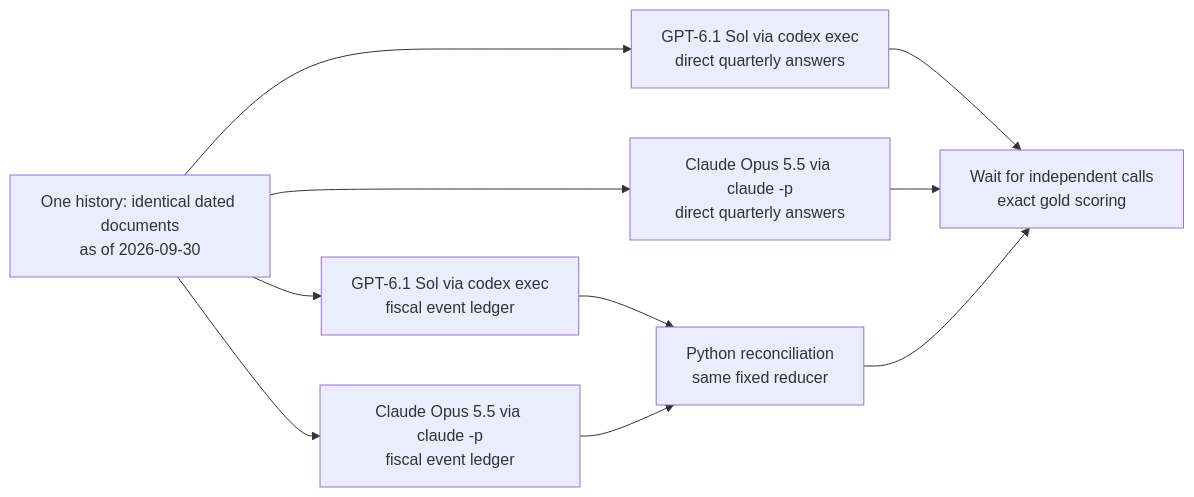
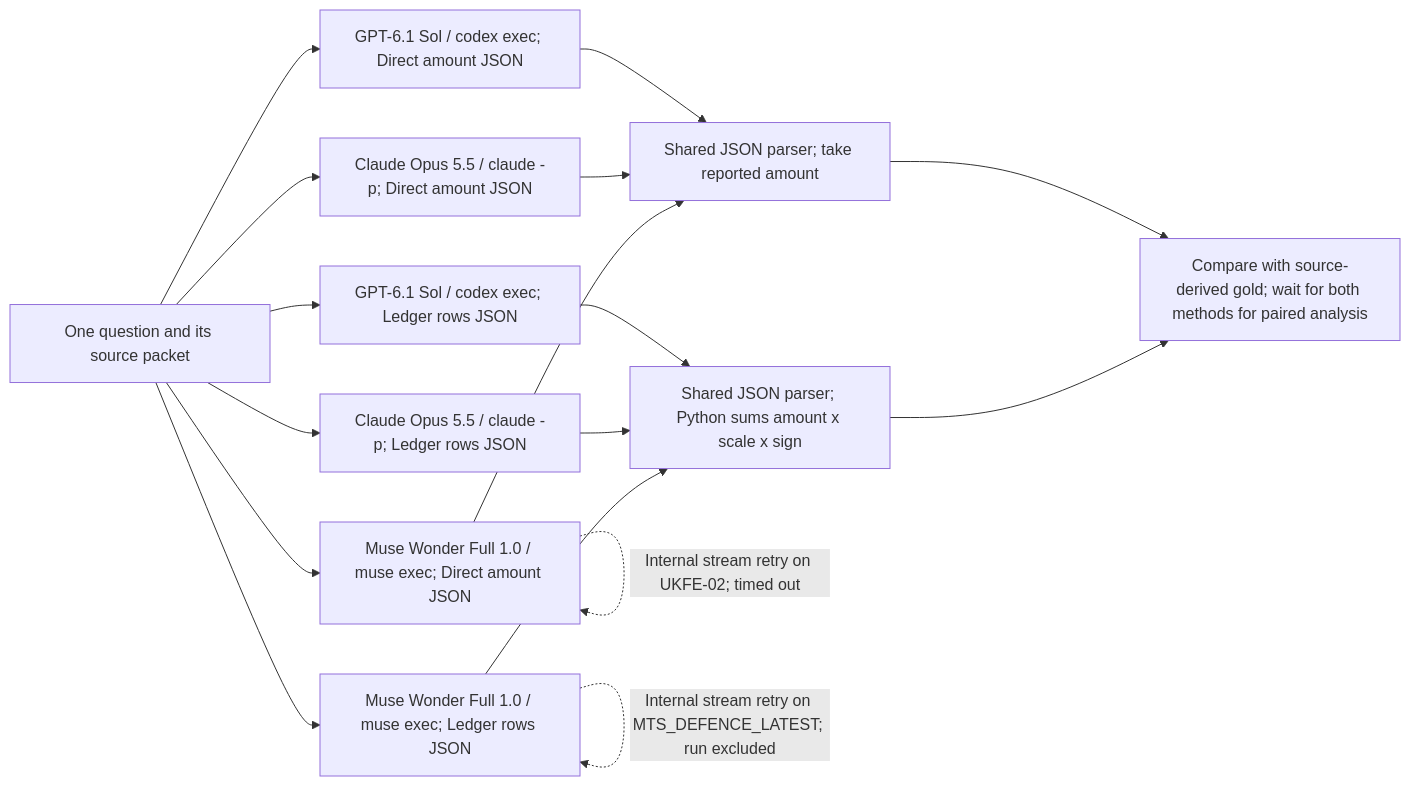
One commit to k-sandhu/experiment-notebooks changed the second of 2 diagrams in econ/22-fiscal-implementation/README.md. Above: the diagram before and after it, drawn with Mermaid. The commit also changed other lines of this file and 346 other files, not shown here.

````diff
--- a/econ/22-fiscal-implementation/README.md
+++ b/econ/22-fiscal-implementation/README.md
@@ -56,12 +94,19 @@
 ```mermaid
 flowchart LR
-    X["One history: identical dated documents<br/>as of 2026-09-30"] --> GD["GPT-6.1 Sol via codex exec<br/>direct quarterly answers"]
-    X --> GL["GPT-6.1 Sol via codex exec<br/>fiscal event ledger"]
-    X --> CD["Claude Opus 5.5 via claude -p<br/>direct quarterly answers"]
-    X --> CL["Claude Opus 5.5 via claude -p<br/>fiscal event ledger"]
-    GL --> P["Python reconciliation<br/>same fixed reducer"]
-    CL --> P
-    GD --> W["Wait for independent calls<br/>exact gold scoring"]
-    CD --> W
-    P --> W
+    I["One question and its source packet"] --> GD["GPT-6.1 Sol / codex exec; Direct amount JSON"]
+    I --> GL["GPT-6.1 Sol / codex exec; Ledger rows JSON"]
+    I --> CD["Claude Opus 5.5 / claude -p; Direct amount JSON"]
+    I --> CL["Claude Opus 5.5 / claude -p; Ledger rows JSON"]
+    I --> MD["Muse Wonder Full 1.0 / muse exec; Direct amount JSON"]
+    I --> ML["Muse Wonder Full 1.0 / muse exec; Ledger rows JSON"]
+    MD -.->|"Internal stream retry on UKFE-02; timed out"| MD
+    ML -.->|"Internal stream retry on MTS_DEFENCE_LATEST; run excluded"| ML
+    GD --> D["Shared JSON parser; take reported amount"]
+    CD --> D
+    MD --> D
+    GL --> L["Shared JSON parser; Python sums amount x scale x sign"]
+    CL --> L
+    ML --> L
+    D --> S["Compare with source-derived gold; wait for both methods for paired analysis"]
+    L --> S
 ```
````
